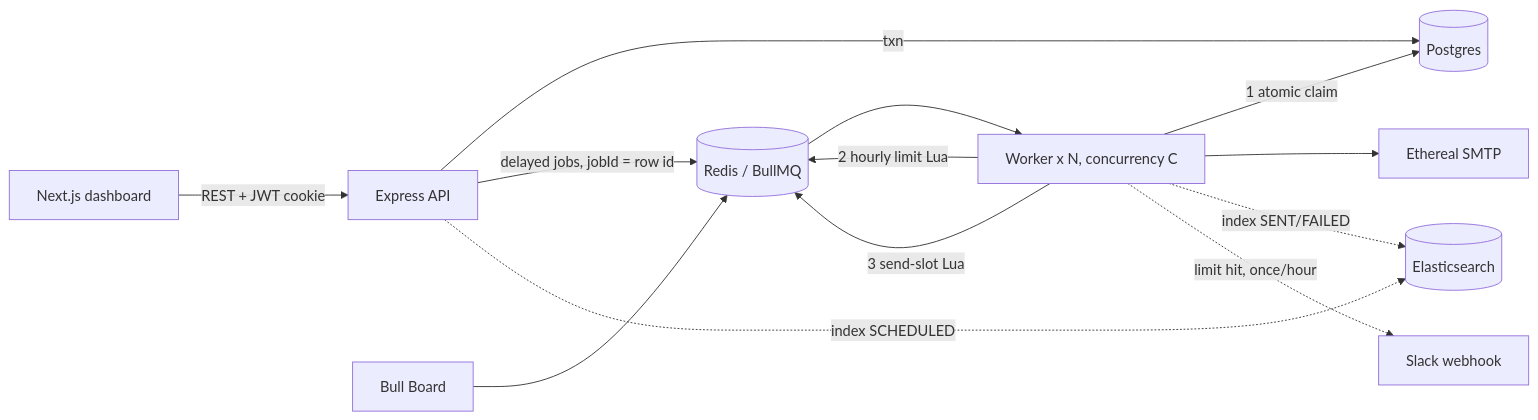
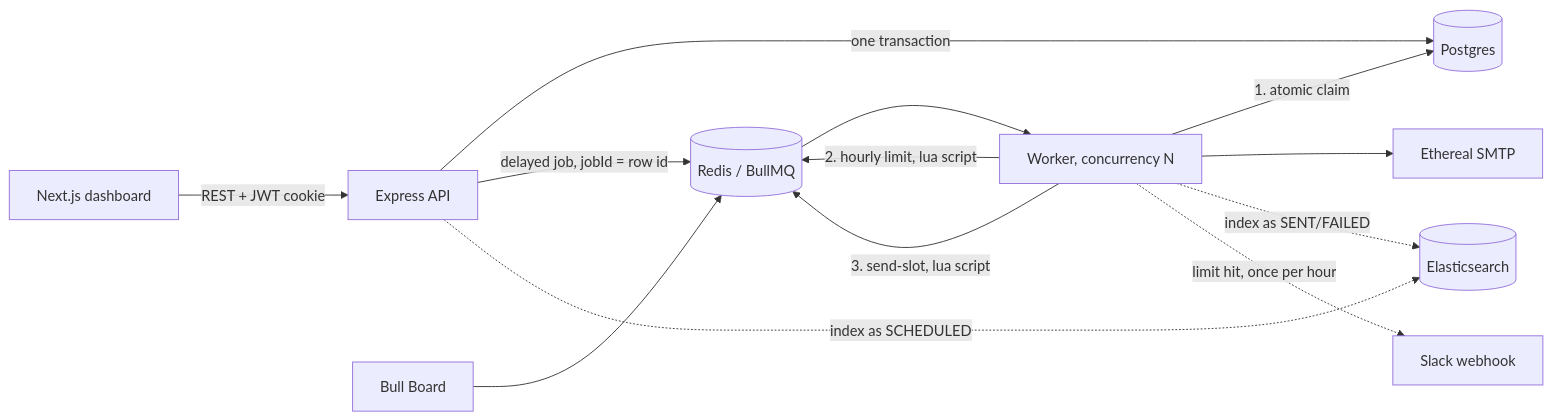
One commit to SubhuPanda21/email-job-scheduler changed the diagram in README.md. Above: the diagram before and after it, drawn with Mermaid. The commit also changed other lines of this file, not shown here.

````diff
--- a/README.md
+++ b/README.md
@@ -60,15 +45,15 @@
 ```mermaid
 flowchart LR
   UI[Next.js dashboard] -->|REST + JWT cookie| API[Express API]
-  API -->|txn| PG[(Postgres)]
-  API -->|delayed jobs, jobId = row id| Q[(Redis / BullMQ)]
-  API -.->|index SCHEDULED| ES[(Elasticsearch)]
-  Q --> W[Worker x N, concurrency C]
-  W -->|1 atomic claim| PG
-  W -->|2 hourly limit Lua| Q
-  W -->|3 send-slot Lua| Q
+  API -->|one transaction| PG[(Postgres)]
+  API -->|delayed job, jobId = row id| Q[(Redis / BullMQ)]
+  API -.->|index as SCHEDULED| ES[(Elasticsearch)]
+  Q --> W[Worker, concurrency N]
+  W -->|1. atomic claim| PG
+  W -->|2. hourly limit, lua script| Q
+  W -->|3. send-slot, lua script| Q
   W --> SMTP[Ethereal SMTP]
-  W -.->|index SENT/FAILED| ES
-  W -.->|limit hit, once/hour| SL[Slack webhook]
+  W -.->|index as SENT/FAILED| ES
+  W -.->|limit hit, once per hour| SL[Slack webhook]
   BB[Bull Board] --> Q
 ```
````
